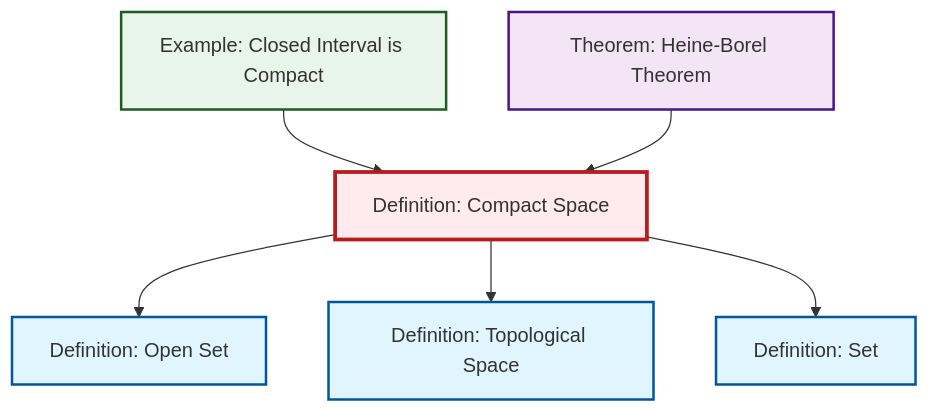
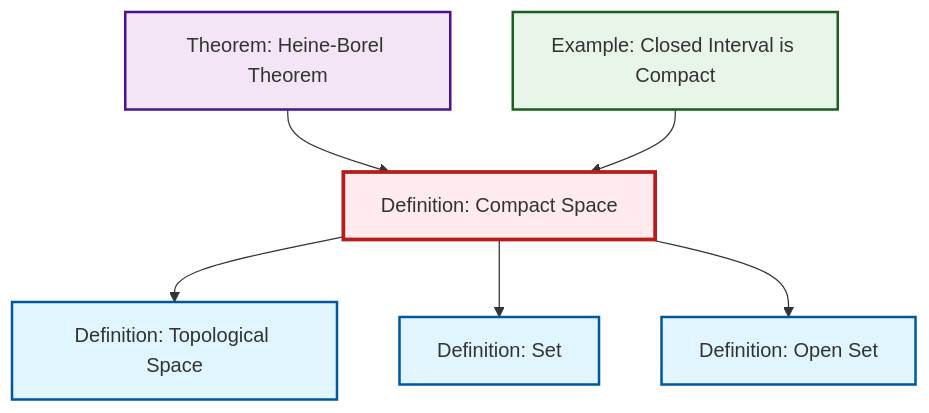
Before and after one commit to RK0429/ModernMath: the diagram in content/en/topology/def-compact.qmd, drawn with Mermaid. The commit also changed other lines of this file and 530 other files, not shown here.

````diff
--- a/content/en/topology/def-compact.qmd
+++ b/content/en/topology/def-compact.qmd
@@ -47,26 +47,26 @@
 ```{mermaid}
 %%| fig-cap: "Local dependency graph"
 graph TD
     classDef definition fill:#e1f5fe,stroke:#01579b,stroke-width:2px
     classDef theorem fill:#f3e5f5,stroke:#4a148c,stroke-width:2px
     classDef axiom fill:#fff3e0,stroke:#e65100,stroke-width:2px
     classDef example fill:#e8f5e9,stroke:#1b5e20,stroke-width:2px
     classDef current fill:#ffebee,stroke:#b71c1c,stroke-width:3px
+    ex-closed-interval-compact["Example: Closed Interval is Compact"]:::example
+    def-compact["Definition: Compact Space"]:::definition
+    def-set["Definition: Set"]:::definition
+    def-topological-space["Definition: Topological Space"]:::definition
     def-open-set["Definition: Open Set"]:::definition
-    def-set["Definition: Set"]:::definition
     thm-heine-borel["Theorem: Heine-Borel Theorem"]:::theorem
-    def-compact["Definition: Compact Space"]:::definition
-    def-topological-space["Definition: Topological Space"]:::definition
-    ex-closed-interval-compact["Example: Closed Interval is Compact"]:::example
-    def-compact --> def-open-set
+    thm-heine-borel --> def-compact
     def-compact --> def-topological-space
     def-compact --> def-set
+    def-compact --> def-open-set
     ex-closed-interval-compact --> def-compact
-    thm-heine-borel --> def-compact
     class def-compact current
+    click ex-closed-interval-compact "ex-closed-interval-compact.html" "Go to Closed Interval is Compact example"
+    click def-set "def-set.html" "Go to Set definition"
+    click def-topological-space "def-topological-space.html" "Go to Topological Space definition"
     click def-open-set "def-open-set.html" "Go to Open Set definition"
-    click def-set "def-set.html" "Go to Set definition"
     click thm-heine-borel "thm-heine-borel.html" "Go to Heine-Borel Theorem theorem"
-    click def-topological-space "def-topological-space.html" "Go to Topological Space definition"
-    click ex-closed-interval-compact "ex-closed-interval-compact.html" "Go to Closed Interval is Compact example"
 ```
````
